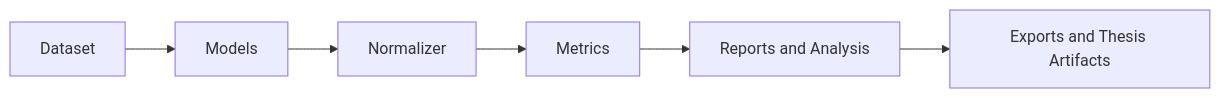
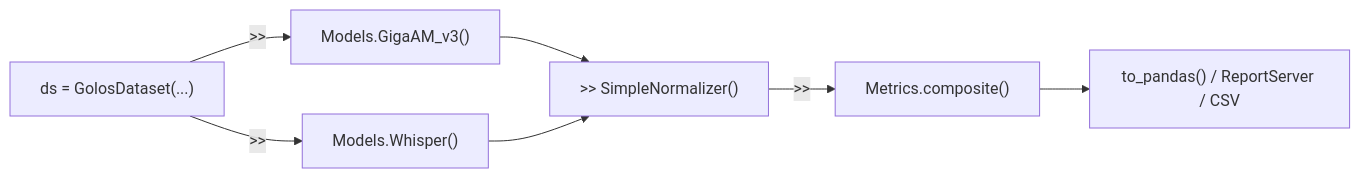
Before and after one commit to akatsnelson/plantain2asr: the diagram in docs/index.md, drawn with Mermaid. The commit also changed other lines of this file and 7 other files, not shown here.

````diff
--- a/docs/index.md
+++ b/docs/index.md
@@ -80,8 +79,9 @@
 ```mermaid
 graph LR
-    A[Dataset] --> B[Models]
-    B --> C[Normalizer]
-    C --> D[Metrics]
-    D --> E[Reports and Analysis]
-    E --> F[Exports and Thesis Artifacts]
+    A["ds = GolosDataset(...)"] -->|>>| B["Models.GigaAM_v3()"]
+    A -->|>>| B2["Models.Whisper()"]
+    B --> C[">> SimpleNormalizer()"]
+    B2 --> C
+    C -->|>>| D["Metrics.composite()"]
+    D --> E["to_pandas() / ReportServer / CSV"]
 ```
````
